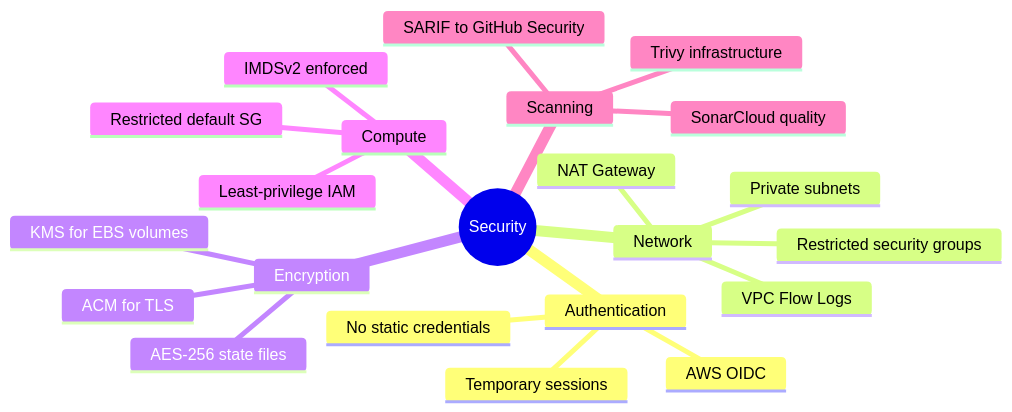
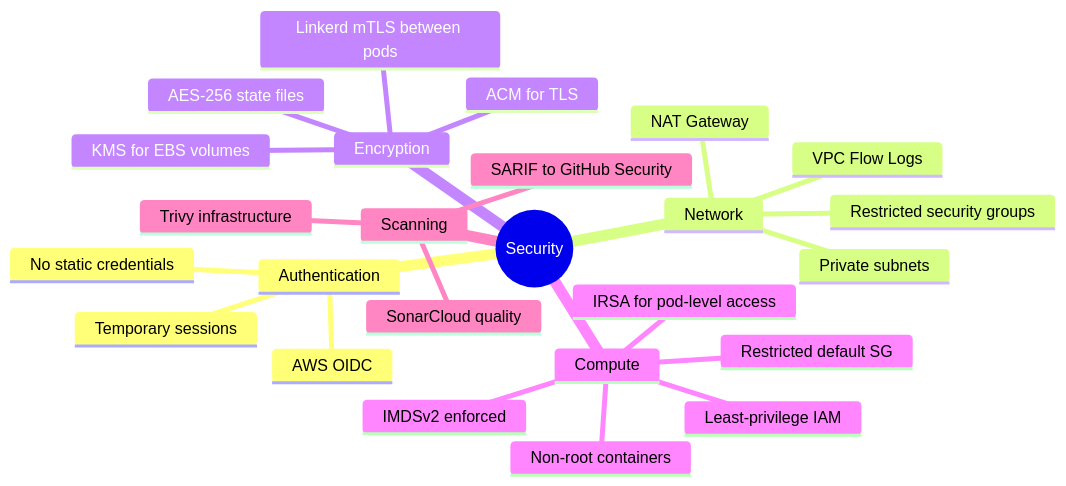
Before and after one commit to vegatros/repo1: the sixth of 6 diagrams in README.md, drawn with Mermaid. The commit also changed other lines of this file, not shown here.

First line of the commit message:
docs: update README with app2 EKS overhaul (Linkerd, IRSA, Helm)

````diff
--- a/README.md
+++ b/README.md
@@ -274,25 +295,28 @@
 ```mermaid
 mindmap
   root((Security))
     Authentication
       AWS OIDC
       No static credentials
       Temporary sessions
     Network
       Private subnets
       NAT Gateway
       Restricted security groups
       VPC Flow Logs
     Encryption
       KMS for EBS volumes
       AES-256 state files
       ACM for TLS
+      Linkerd mTLS between pods
     Compute
       IMDSv2 enforced
       Least-privilege IAM
+      IRSA for pod-level access
       Restricted default SG
+      Non-root containers
     Scanning
       Trivy infrastructure
       SonarCloud quality
       SARIF to GitHub Security
 ```
````
